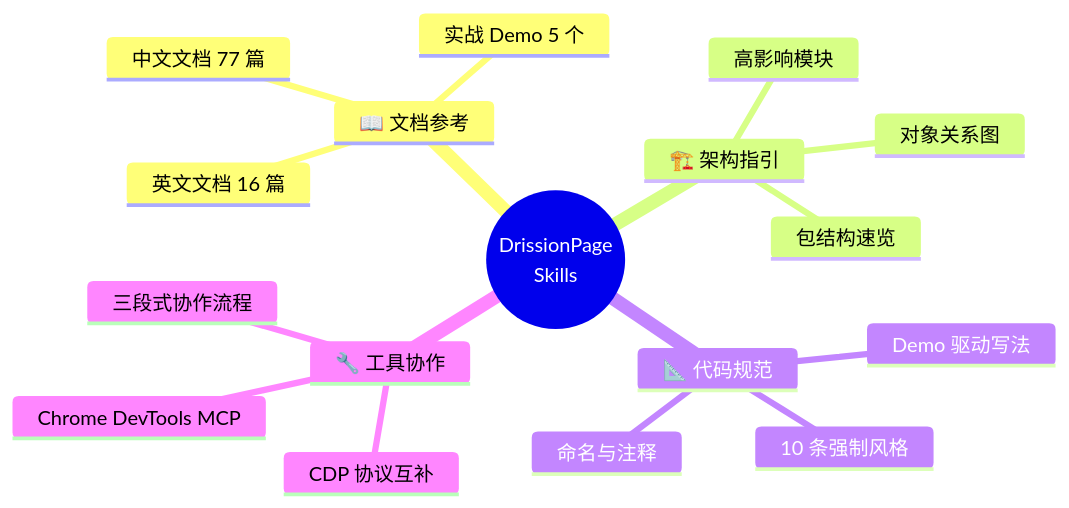
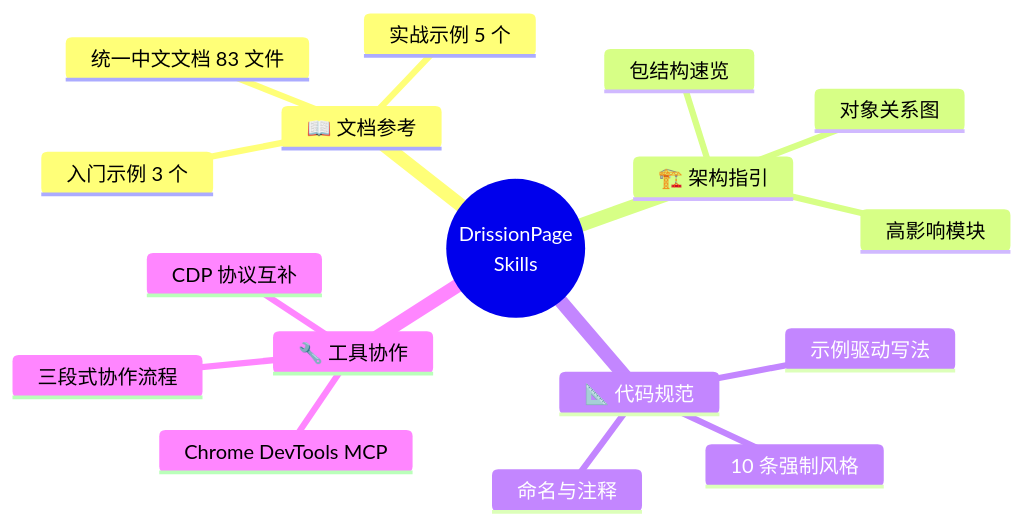
Before and after one commit to fqxue/drissionpage-skills: the first of 5 diagrams in README.md, drawn with Mermaid. The commit also changed other lines of this file and 107 other files, not shown here.

````diff
--- a/README.md
+++ b/README.md
@@ -47,20 +47,20 @@
 ```mermaid
 mindmap
   root((DrissionPage<br/>Skills))
     📖 文档参考
-      中文文档 77 篇
-      英文文档 16 篇
-      实战 Demo 5 个
+      统一中文文档 83 文件
+      实战示例 5 个
+      入门示例 3 个
     🏗️ 架构指引
       包结构速览
       对象关系图
       高影响模块
     📐 代码规范
       10 条强制风格
-      Demo 驱动写法
+      示例驱动写法
       命名与注释
     🔧 工具协作
       Chrome DevTools MCP
       CDP 协议互补
       三段式协作流程
 ```
````
